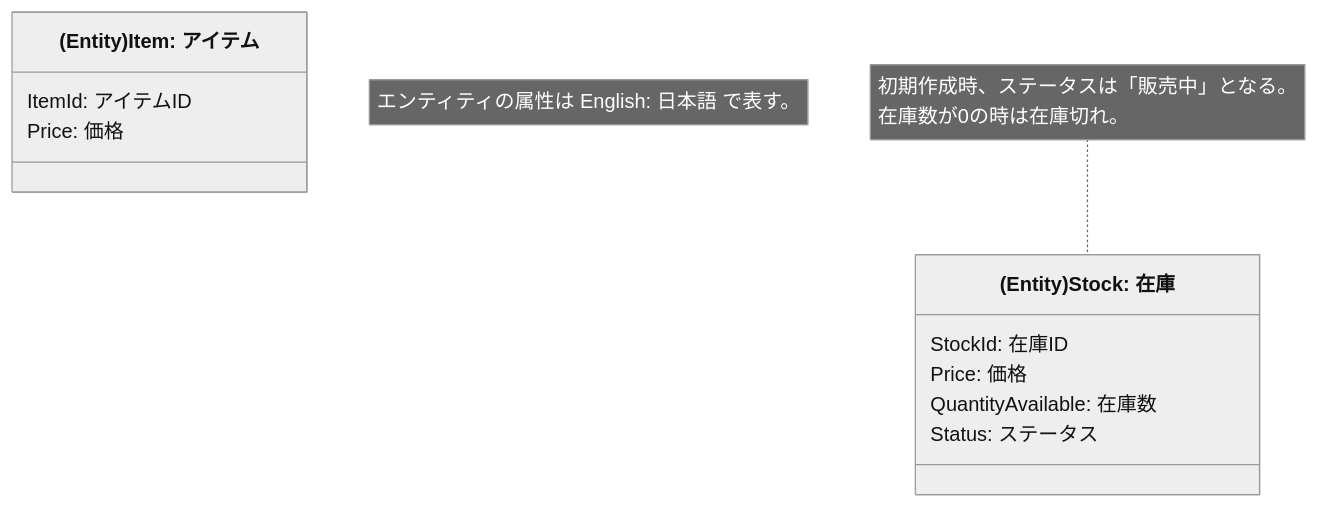
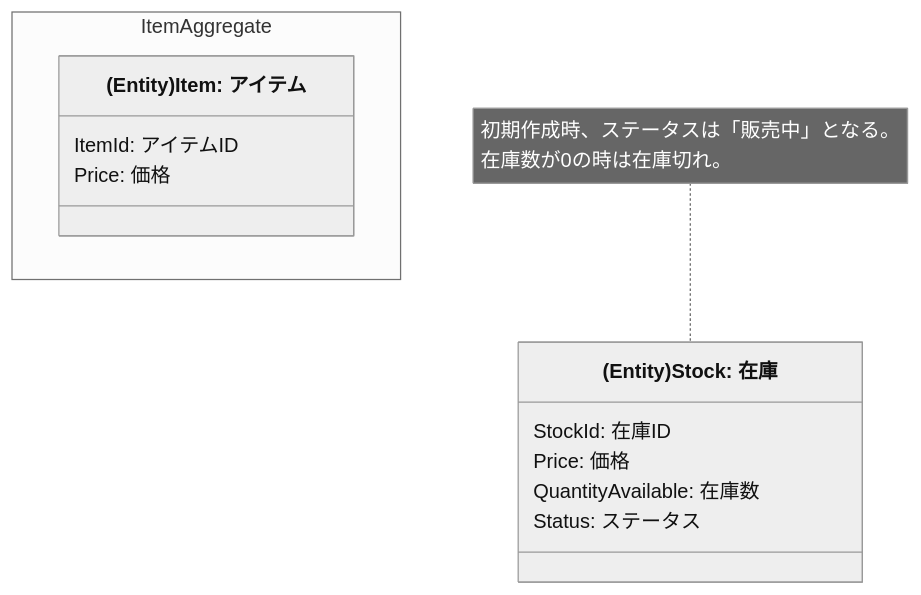
The first of 2 diagrams in .cursor/rules/modeling-rules.mdc (thsic/Maniae), drawn with Mermaid (neutral theme) before and after one commit. The commit also changed other lines of this file and 9 other files, not shown here.

````diff
--- a/.cursor/rules/modeling-rules.mdc
+++ b/.cursor/rules/modeling-rules.mdc
@@ -62,16 +164,18 @@
 ``` mermaid
 classDiagram
-  class Item["(Entity)Item: アイテム"] {
-    ItemId: アイテムID
-    Price: 価格
+  namespace ItemAggregate {
+    class Item["(Entity)Item: アイテム"] {
+      ItemId: アイテムID
+      Price: 価格
+    }
   }
-  note for English "エンティティの属性は English: 日本語 で表す。"
 
   class Order["(Entity)Stock: 在庫"] {
     StockId: 在庫ID
     Price: 価格
     QuantityAvailable: 在庫数
     Status: ステータス
   }
+
   note for Order "初期作成時、ステータスは「販売中」となる。<br>在庫数が0の時は在庫切れ。"
 ```
````
